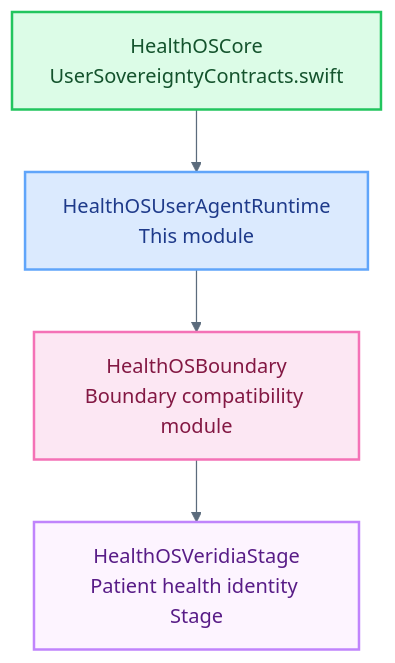
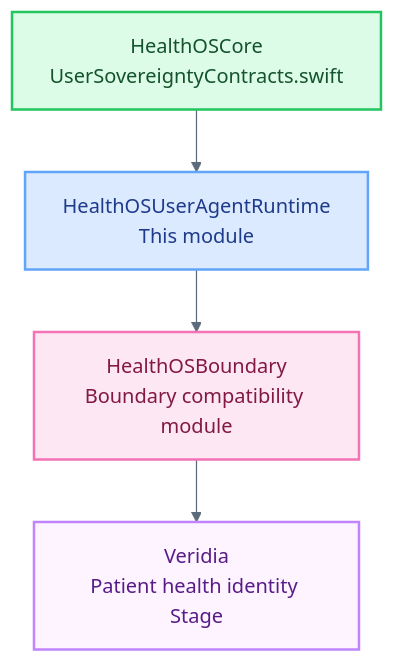
One commit to myselfgus/HealthOScaffold changed the diagram in HealthOS/Tier2-GOS-Runtimes/Sources/HealthOSUserAgentRuntime/README.md. Above: the diagram before and after it, drawn with Mermaid. The commit also changed other lines of this file and 130 other files, not shown here.

````diff
--- a/HealthOS/Tier2-GOS-Runtimes/Sources/HealthOSUserAgentRuntime/README.md
+++ b/HealthOS/Tier2-GOS-Runtimes/Sources/HealthOSUserAgentRuntime/README.md
@@ -9,17 +9,17 @@
 ```mermaid
 %%{init: {'theme': 'base', 'themeVariables': {'primaryColor': '#F6F8FB', 'primaryBorderColor': '#D6DEE8', 'primaryTextColor': '#1D2733', 'clusterBkg': '#FFFFFF', 'clusterBorder': '#D6DEE8', 'lineColor': '#5B6B7C', 'edgeLabelBackground': '#F6F8FB', 'fontFamily': 'ui-rounded, -apple-system, BlinkMacSystemFont, sans-serif'}}}%%
 graph TD
     classDef core     fill:#dcfce7,stroke:#22c55e,stroke-width:2px,color:#14532d
     classDef runtime  fill:#dbeafe,stroke:#60a5fa,stroke-width:2px,color:#1e3a8a
     classDef boundary fill:#fce7f3,stroke:#f472b6,stroke-width:2px,color:#831843
     classDef stage    fill:#fdf4ff,stroke:#c084fc,stroke-width:2px,color:#581c87
 
     CORE[HealthOSCore\nUserSovereigntyContracts.swift]:::core
     UAR[HealthOSUserAgentRuntime\nThis module]:::runtime
     BOUND[HealthOSBoundary\nBoundary compatibility module]:::boundary
-    VERIDIA[HealthOSVeridiaStage\nPatient health identity Stage]:::stage
+    VERIDIA[Veridia\nPatient health identity Stage]:::stage
 
     CORE --> UAR
     UAR --> BOUND
     BOUND --> VERIDIA
 ```
````
